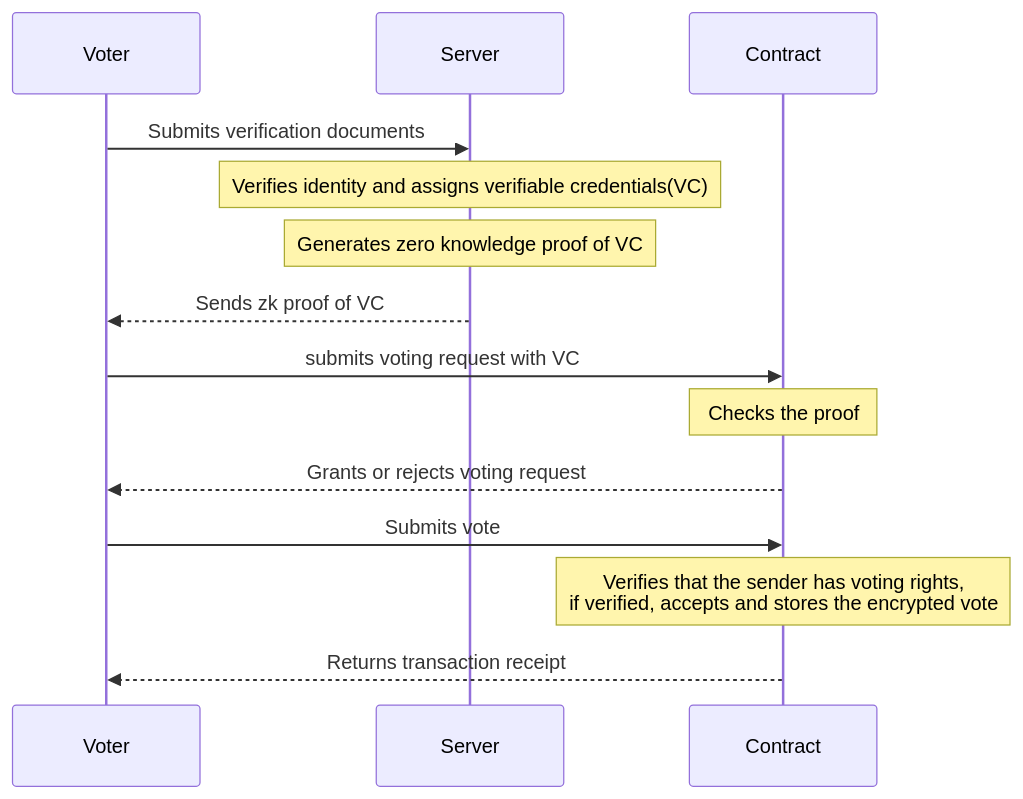
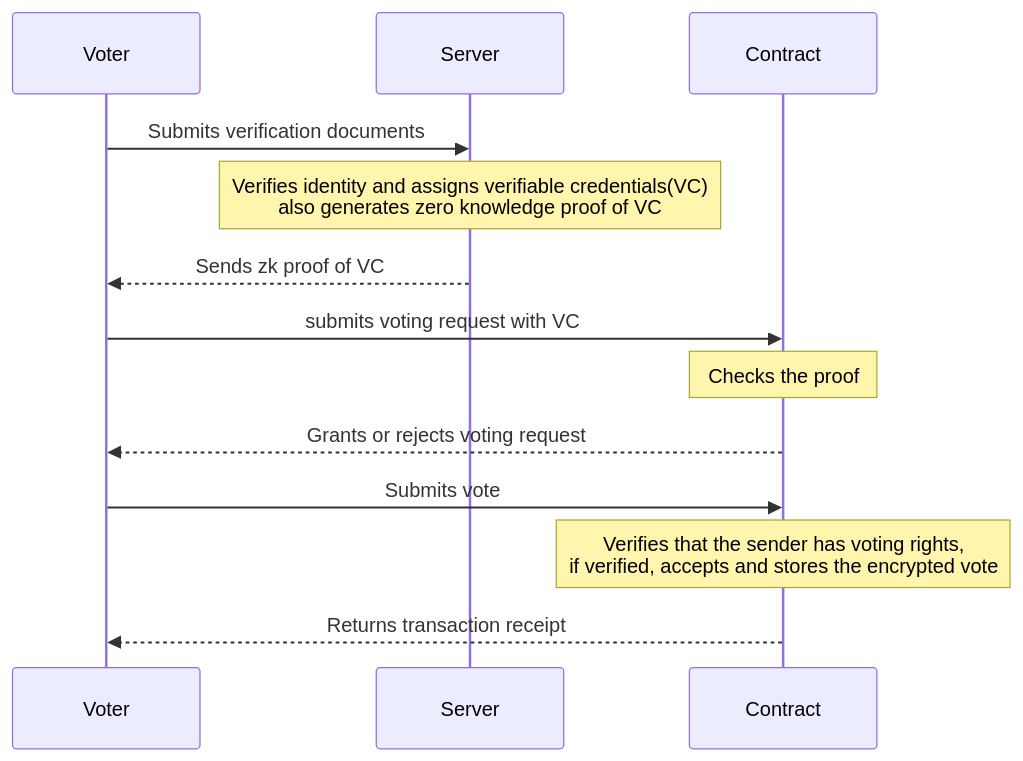
Before and after one commit to MogboPython/Elektor: the diagram in README.md, drawn with Mermaid. The commit also changed other lines of this file, not shown here.

````diff
--- a/README.md
+++ b/README.md
@@ -22,17 +24,16 @@
 ```mermaid
 sequenceDiagram
     participant Voter
     participant Server
     participant Contract
 
     Voter->>Server: Submits verification documents
-    Note over Server: Verifies identity and assigns verifiable credentials(VC)
-    Note over Server: Generates zero knowledge proof of VC
+    Note over Server: Verifies identity and assigns verifiable credentials(VC)<br/>also generates zero knowledge proof of VC
     Server-->>Voter: Sends zk proof of VC
     Voter->>Contract: submits voting request with VC
     Note over Contract: Checks the proof
     Contract-->>Voter: Grants or rejects voting request
     Voter->>Contract: Submits vote
     Note over Contract: Verifies that the sender has voting rights,<br/>if verified, accepts and stores the encrypted vote
     Contract-->>Voter: Returns transaction receipt
 ```
````
